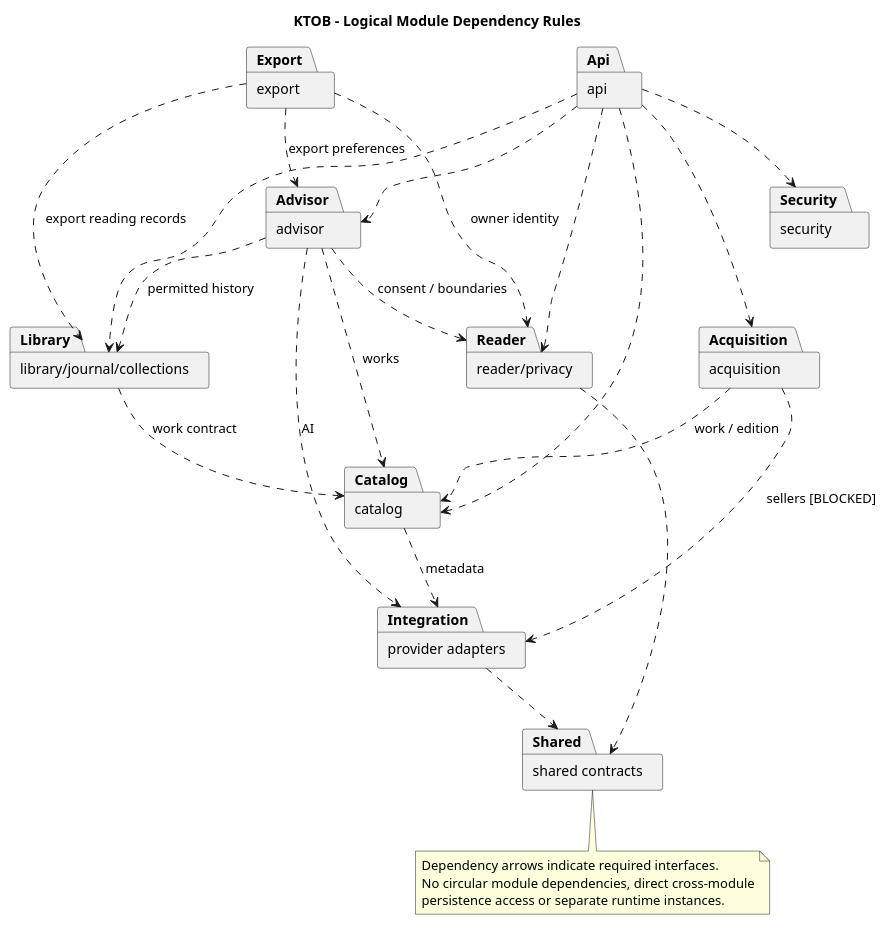
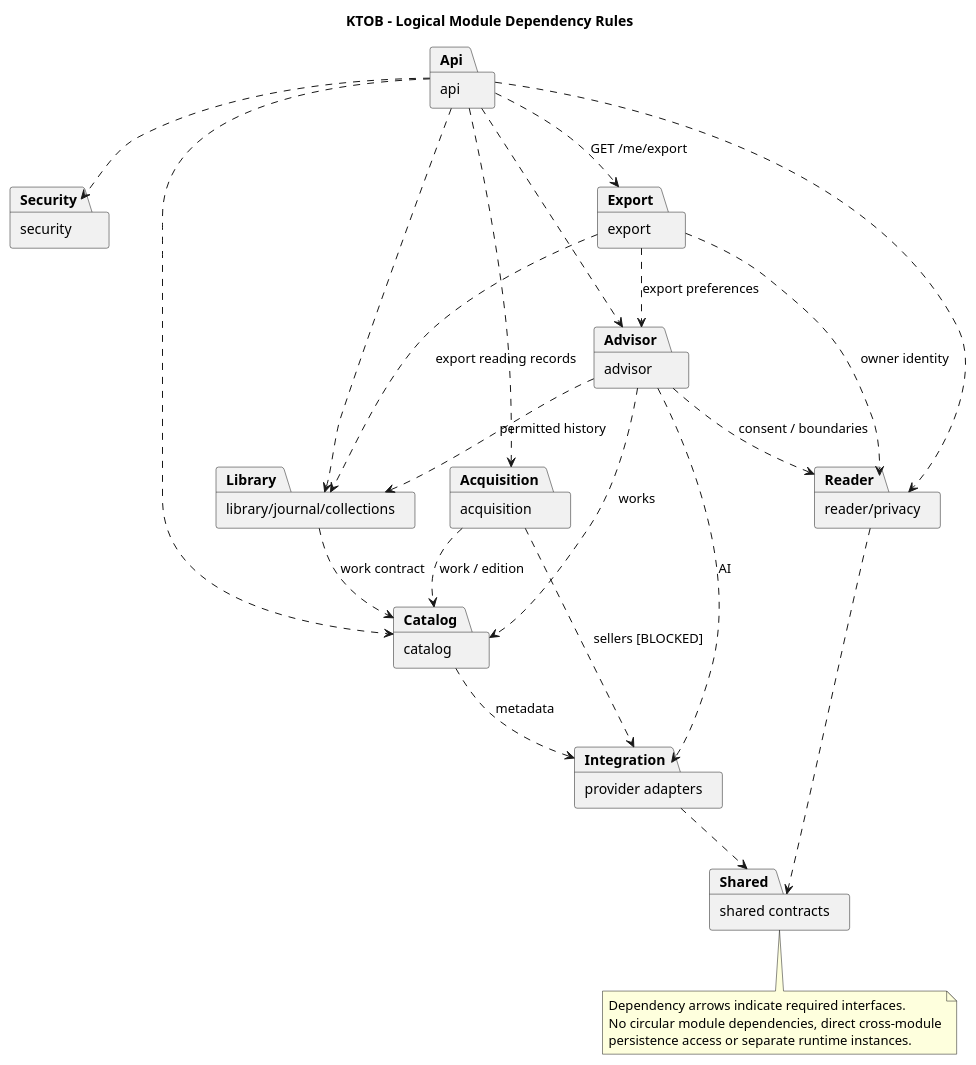
The diagram in docs/uml/06-packages.puml (Adam-BArbia/ktob-literary-companion), drawn with PlantUML before and after one commit. The commit also changed 15 other files, not shown here.

Commit message:
docs(architecture): resolve final UML, monetary and archival consistency gaps

```diff
--- a/docs/uml/06-packages.puml
+++ b/docs/uml/06-packages.puml
@@ -1,37 +1,38 @@
 @startuml KTOB_06_packages
 title KTOB - Logical Module Dependency Rules
 package "api" as Api
 package "security" as Security
 package "reader/privacy" as Reader
 package "export" as Export
 package "library/journal/collections" as Library
 package "catalog" as Catalog
 package "advisor" as Advisor
 package "acquisition" as Acquisition
 package "provider adapters" as Integration
 package "shared contracts" as Shared
 Api ..> Security
 Api ..> Reader
+Api ..> Export : GET /me/export
 Api ..> Library
 Api ..> Catalog
 Api ..> Advisor
 Api ..> Acquisition
 Reader ..> Shared
 Export ..> Reader : owner identity
 Export ..> Library : export reading records
 Export ..> Advisor : export preferences
 Library ..> Catalog : work contract
 Advisor ..> Reader : consent / boundaries
 Advisor ..> Library : permitted history
 Advisor ..> Catalog : works
 Acquisition ..> Catalog : work / edition
 Catalog ..> Integration : metadata
 Advisor ..> Integration : AI
 Acquisition ..> Integration : sellers [BLOCKED]
 Integration ..> Shared
 note bottom
 Dependency arrows indicate required interfaces.
 No circular module dependencies, direct cross-module
 persistence access or separate runtime instances.
 end note
 @enduml
```
